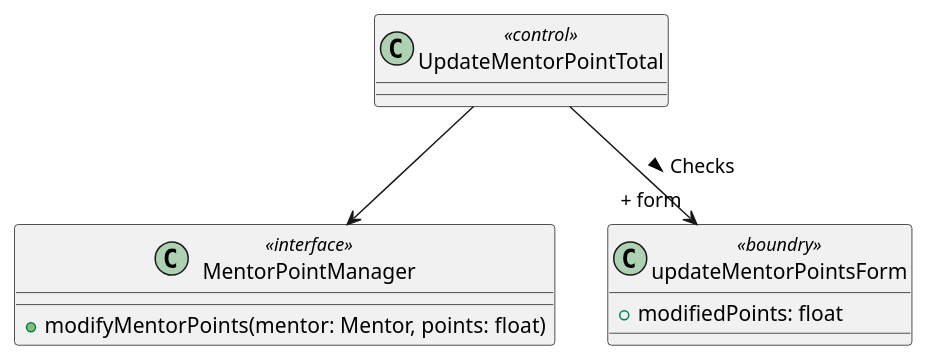
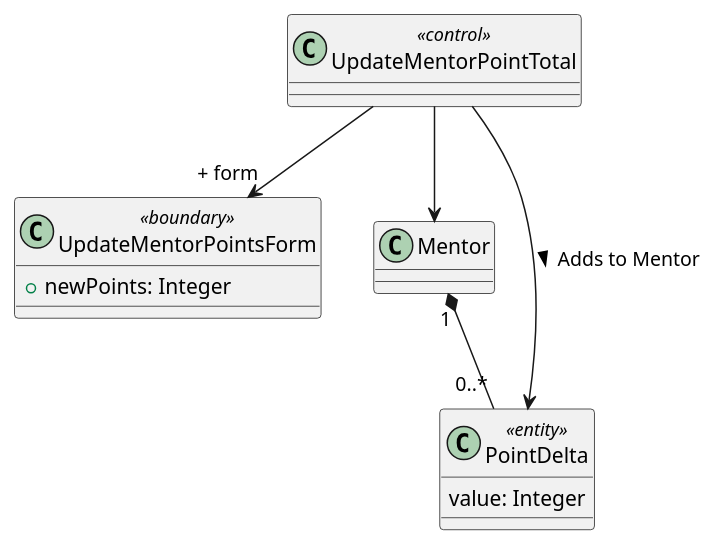
One commit to bmb0136/COMP-3700-Project changed the second of 2 diagrams in Use Cases/UpdateMentorPointTotal.iuml. Above: the diagram before and after it, drawn with PlantUML. The commit also changed 1 other file, not shown here.

```diff
--- a/Use Cases/UpdateMentorPointTotal.iuml
+++ b/Use Cases/UpdateMentorPointTotal.iuml
@@ -25,11 +25,13 @@
 @startuml Update Mentor Point Total object
 class UpdateMentorPointTotal <<control>>
-class MentorPointManager <<interface>> {
-  + modifyMentorPoints(mentor: Mentor, points: float)
+class UpdateMentorPointsForm <<boundary>> {
+  + newPoints: Integer
 }
-class updateMentorPointsForm <<boundry>> {
-  + modifiedPoints: float
+UpdateMentorPointTotal --> "+ form" UpdateMentorPointsForm
+UpdateMentorPointTotal --> Mentor
+UpdateMentorPointTotal --> PointDelta: Adds to Mentor >
+Mentor "1" *-- "0..*" PointDelta
+class PointDelta  <<entity>> {
+  value: Integer
 }
-UpdateMentorPointTotal --> "+ form" updateMentorPointsForm: Checks > 
-UpdateMentorPointTotal --> MentorPointManager
 @enduml
```
